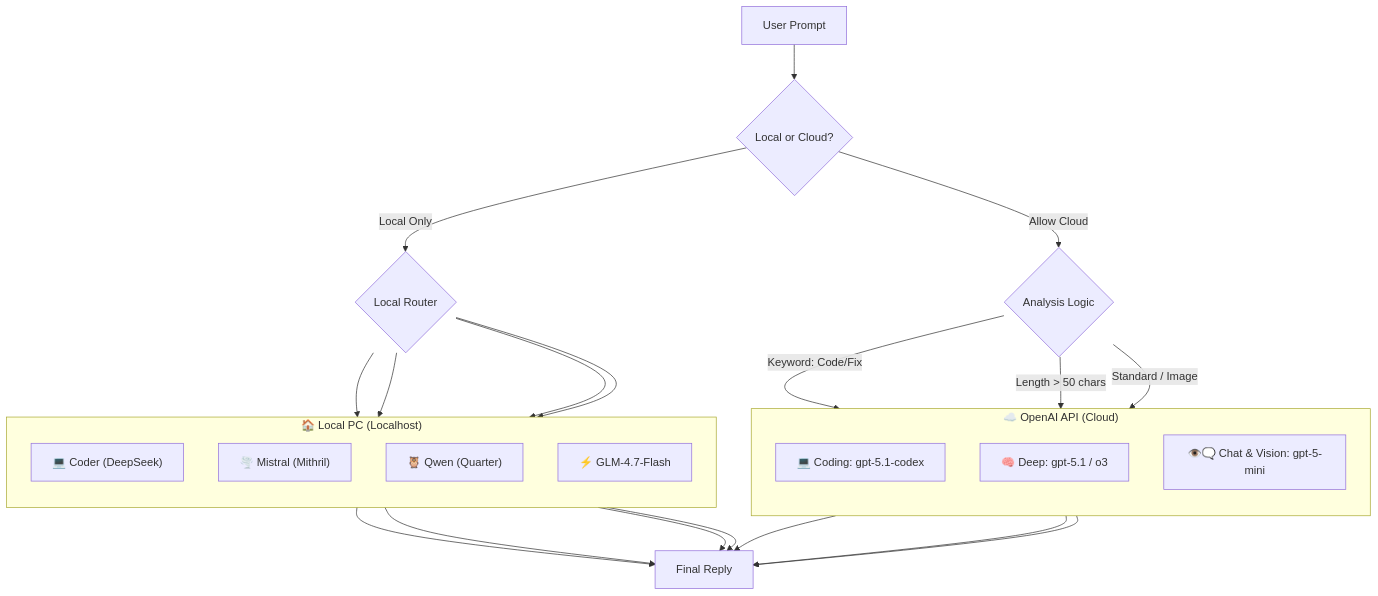
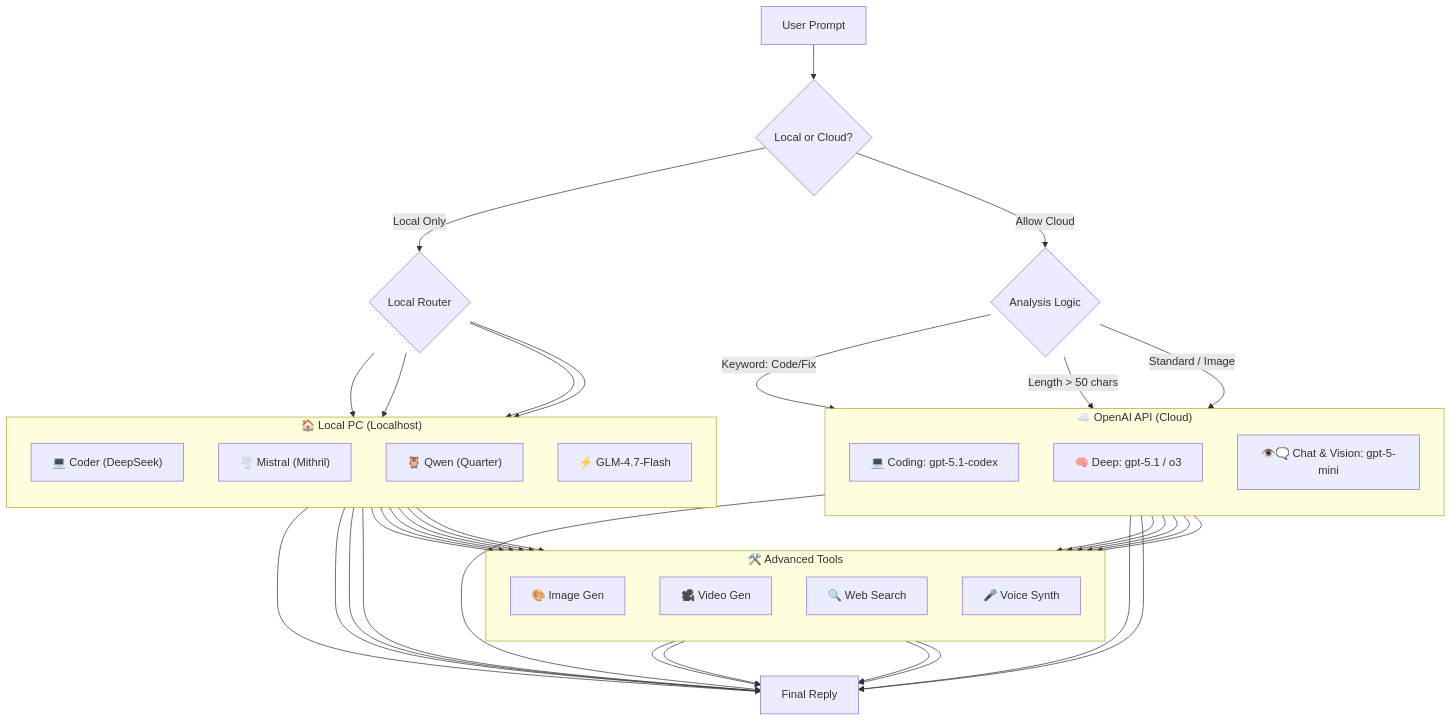
One commit to YoneRai12/YonerAI changed the diagram in README.md. Above: the diagram before and after it, drawn with Mermaid. The commit also changed 1 other file, not shown here.

Commit message:
Docs: Add Tools Layer (Img, Vid, Voice, Search) before Response [skip ci]

````diff
--- a/README.md
+++ b/README.md
@@ -60,46 +60,55 @@
 ```mermaid
 graph TD
     UserInput["User Prompt"] --> RouteCheck{Local or Cloud?}
 
     %% Right Branch: Local
     RouteCheck -- "Local Only" --> LocalRouter{Local Router}
 
     %% Left Branch: Cloud (API)
     RouteCheck -- "Allow Cloud" --> OmniRouter{Analysis Logic}
 
     %% Cloud Subgraph
     subgraph Cloud ["☁️ OpenAI API (Cloud)"]
         direction TB
         CodingModel["💻 Coding: gpt-5.1-codex"]
         HighModel["🧠 Deep: gpt-5.1 / o3"]
         MiniModel["👁️🗨️ Chat & Vision: gpt-5-mini"]
     end
     
     %% Local Subgraph
     subgraph Local ["🏠 Local PC (Localhost)"]
         direction TB
         L_Coder["💻 Coder (DeepSeek)"]
         L_Mistral["🌪️ Mistral (Mithril)"]
         L_Qwen["🦉 Qwen (Quarter)"]
         L_GLM["⚡ GLM-4.7-Flash"]
     end
 
-    LocalRouter --> L_Coder
-    LocalRouter --> L_Mistral
-    LocalRouter --> L_Qwen
-    LocalRouter --> L_GLM
+    %% Tools Layer
+    subgraph Tools ["🛠️ Advanced Tools"]
+        direction TB
+        T_Img["🎨 Image Gen"]
+        T_Vid["🎥 Video Gen"]
+        T_Search["🔍 Web Search"]
+        T_Voice["🎤 Voice Synth"]
+    end
 
+    %% Routing to Models
+    LocalRouter --> L_Coder & L_Mistral & L_Qwen & L_GLM
     OmniRouter -- "Keyword: Code/Fix" --> CodingModel
     OmniRouter -- "Length > 50 chars" --> HighModel
     OmniRouter -- "Standard / Image" --> MiniModel
 
-    %% Final Output
-    CodingModel --> Response["Final Reply"]
-    HighModel --> Response
-    MiniModel --> Response
-    
-    L_Coder --> Response
-    L_Mistral --> Response
-    L_Qwen --> Response
-    L_GLM --> Response
+    %% Models to Tools
+    CodingModel & L_Coder --> T_Search
+    HighModel & L_Qwen --> T_Vid & T_Search
+    MiniModel & L_Mistral --> T_Img & T_Voice
+    L_GLM --> T_Voice
+
+    %% Models Direct Response (Chat)
+    CodingModel & HighModel & MiniModel --> Response["Final Reply"]
+    L_Coder & L_Mistral & L_Qwen & L_GLM --> Response
+
+    %% Tools to Response
+    T_Img & T_Vid & T_Search & T_Voice --> Response
 ```
````
